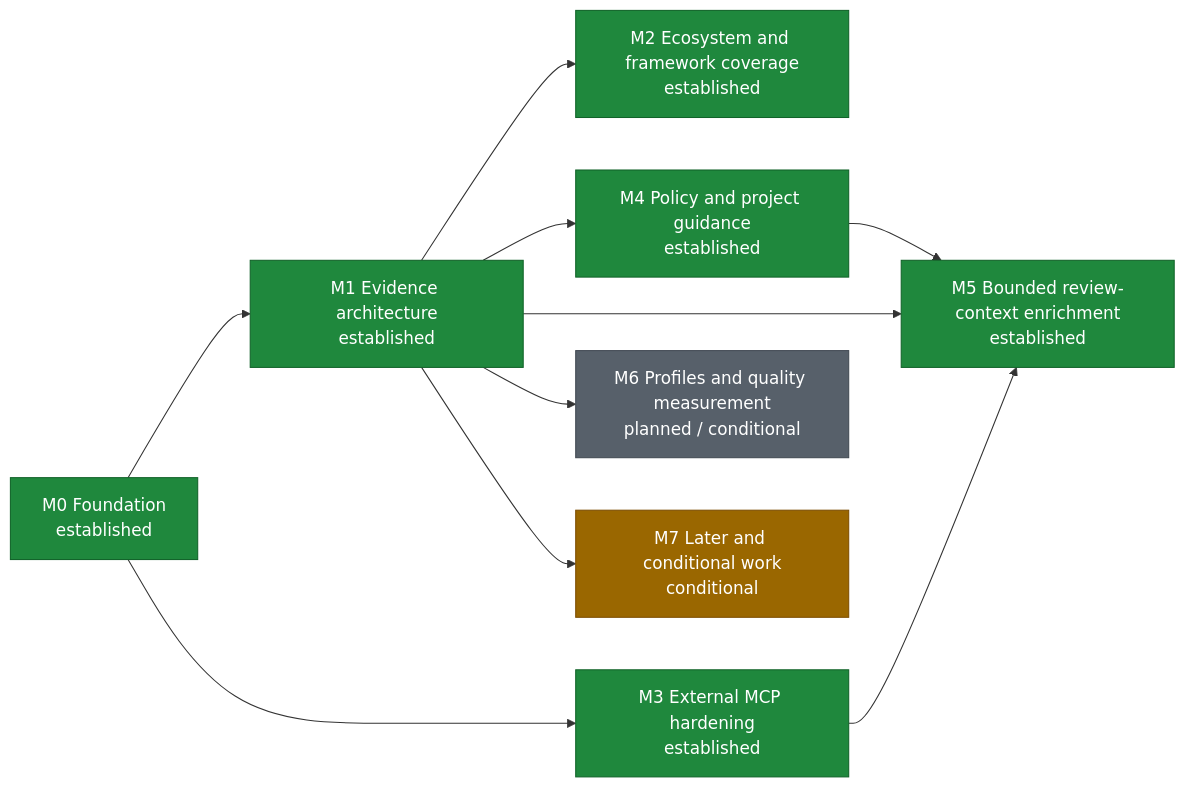
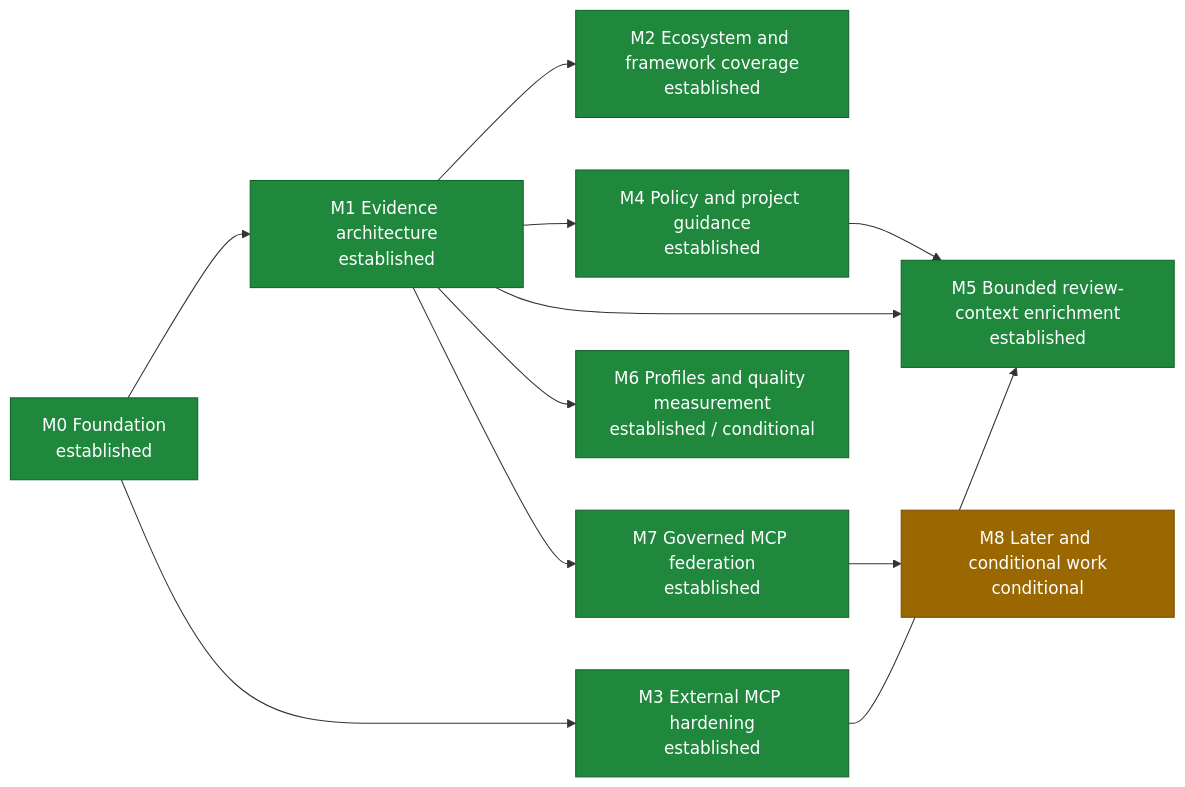
Before and after one commit to xeonvs/open-code-review-toolkit: the diagram in ROADMAP.md, drawn with Mermaid. The commit also changed other lines of this file and 122 other files, not shown here.

First line of the commit message:
Add governed MCP federation for v0.11.0 (#208)

````diff
--- a/ROADMAP.md
+++ b/ROADMAP.md
@@ -8,21 +14,21 @@
 ```mermaid
 flowchart LR
     M0["M0 Foundation<br/>established"] --> M1["M1 Evidence architecture<br/>established"]
     M0 --> M3["M3 External MCP hardening<br/>established"]
     M1 --> M2["M2 Ecosystem and framework coverage<br/>established"]
     M1 --> M4["M4 Policy and project guidance<br/>established"]
     M1 --> M5["M5 Bounded review-context enrichment<br/>established"]
     M3 --> M5
     M4 --> M5
-    M1 --> M6["M6 Profiles and quality measurement<br/>planned / conditional"]
-    M1 --> M7["M7 Later and conditional work<br/>conditional"]
+    M1 --> M6["M6 Profiles and quality measurement<br/>established / conditional"]
+    M1 --> M7["M7 Governed MCP federation<br/>established"]
+    M7 --> M8["M8 Later and conditional work<br/>conditional"]
 
     classDef established fill:#1f883d,stroke:#116329,color:#ffffff
     classDef next fill:#0969da,stroke:#0550ae,color:#ffffff
     classDef planned fill:#57606a,stroke:#424a53,color:#ffffff
     classDef conditional fill:#9a6700,stroke:#7d4e00,color:#ffffff
 
-    class M0,M1,M2,M3,M4,M5 established
-    class M6 planned
-    class M7 conditional
+    class M0,M1,M2,M3,M4,M5,M6,M7 established
+    class M8 conditional
 ```
````
